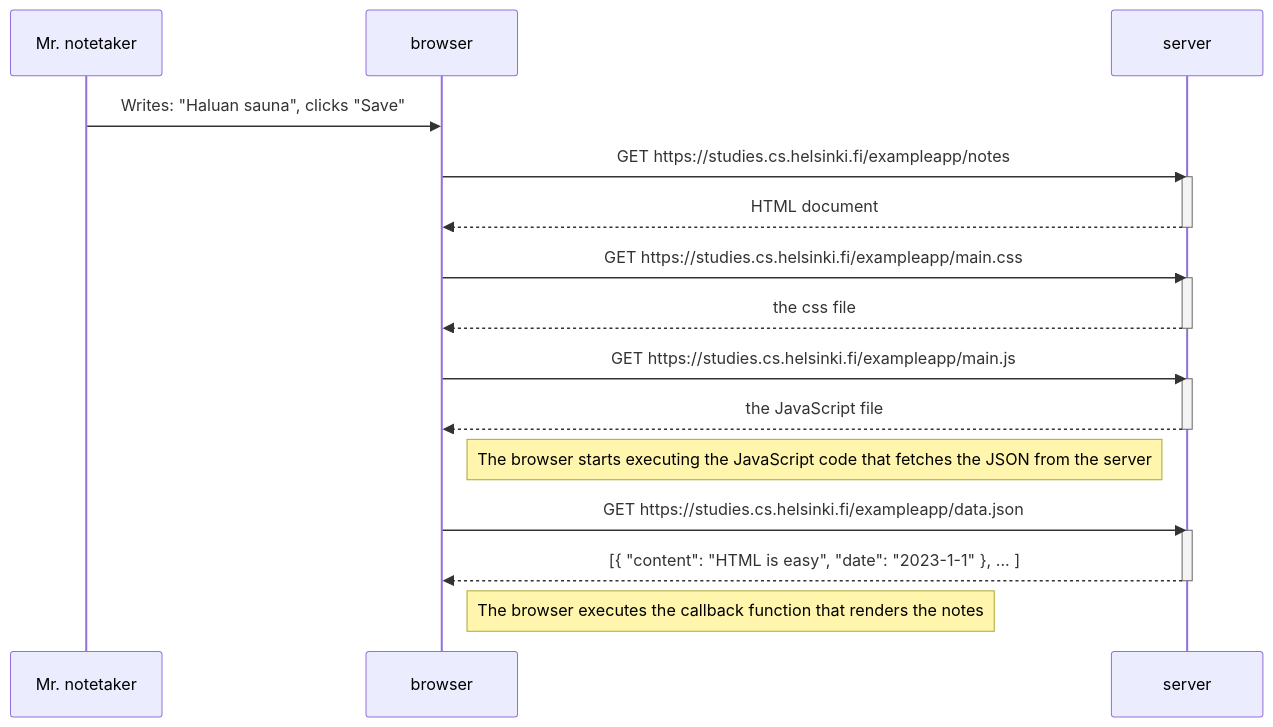
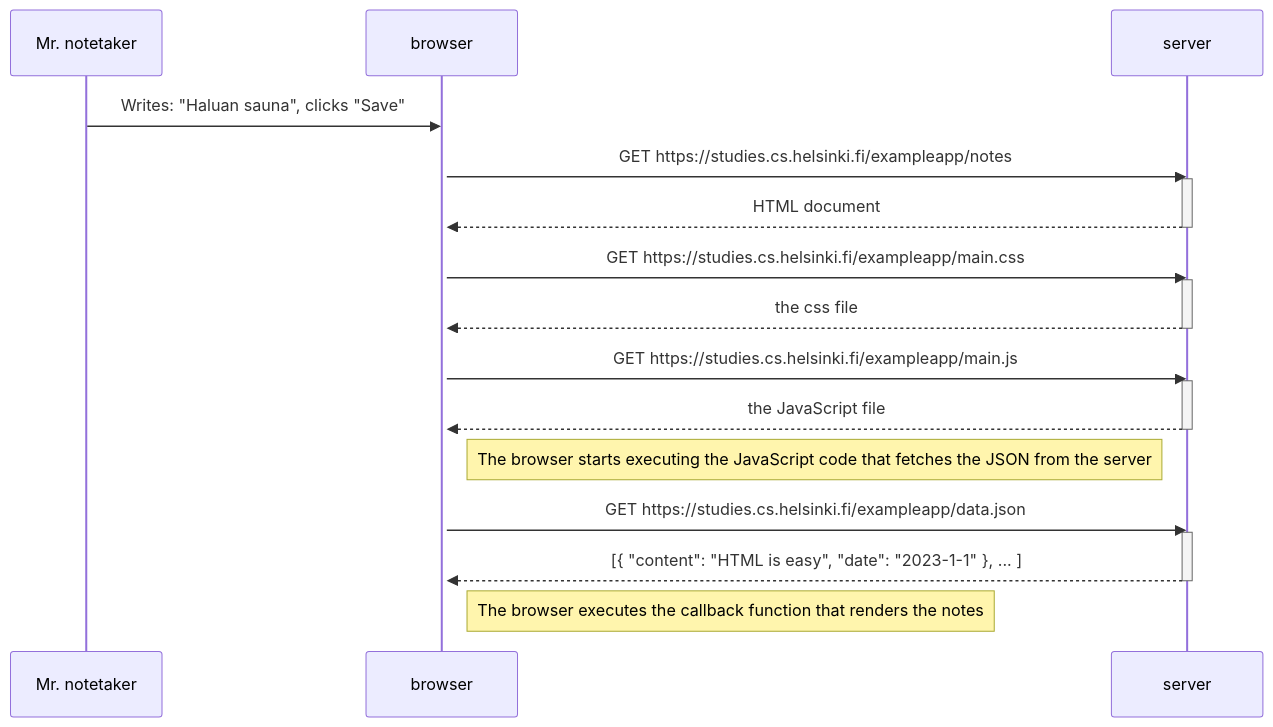
The diagram in part0/diagram.md (haavardmk/fullstackopen), drawn with Mermaid before and after one commit.

````diff
--- a/part0/diagram.md
+++ b/part0/diagram.md
@@ -1,31 +1,32 @@
 ```mermaid
 sequenceDiagram
     participant Mr. notetaker
     participant browser
     participant server
 
     Mr. notetaker->>browser: Writes: "Haluan sauna", clicks "Save"
+    activate browser
     browser->>server: GET https://studies.cs.helsinki.fi/exampleapp/notes
     activate server
     server-->>browser: HTML document
     deactivate server
 
     browser->>server: GET https://studies.cs.helsinki.fi/exampleapp/main.css
     activate server
     server-->>browser: the css file
     deactivate server
 
     browser->>server: GET https://studies.cs.helsinki.fi/exampleapp/main.js
     activate server
     server-->>browser: the JavaScript file
     deactivate server
 
     Note right of browser: The browser starts executing the JavaScript code that fetches the JSON from the server
 
     browser->>server: GET https://studies.cs.helsinki.fi/exampleapp/data.json
     activate server
     server-->>browser: [{ "content": "HTML is easy", "date": "2023-1-1" }, ... ]
     deactivate server
 
     Note right of browser: The browser executes the callback function that renders the notes
 ```
````
